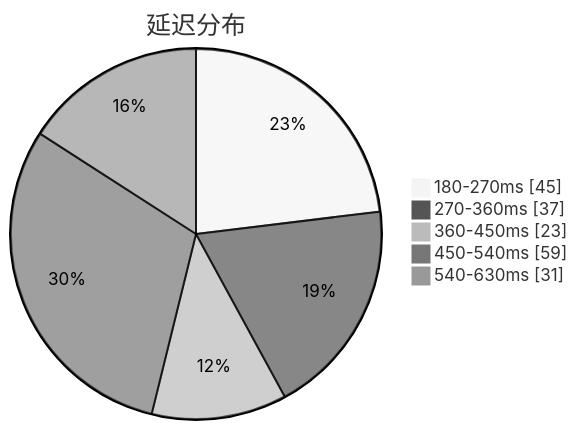
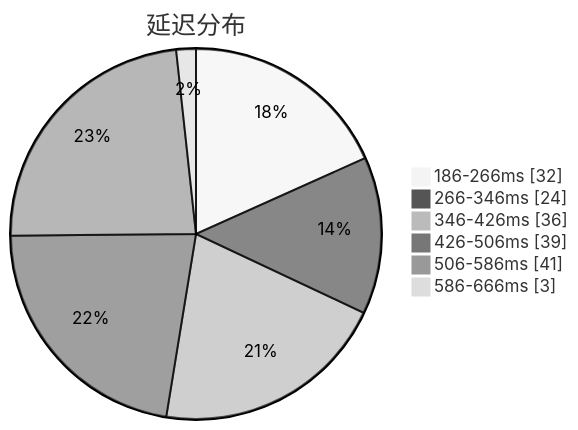
One commit to qjlxg/airport changed the first of 3 diagrams in subs/statistics/tested_within.md. Above: the diagram before and after it, drawn with Mermaid (neutral theme). The commit also changed other lines of this file and 2 other files, not shown here.

````diff
--- a/subs/statistics/tested_within.md
+++ b/subs/statistics/tested_within.md
@@ -2,9 +2,10 @@
 ```mermaid
 pie showData
 title 延迟分布
-"180-270ms" : 45
-"270-360ms" : 37
-"360-450ms" : 23
-"450-540ms" : 59
-"540-630ms" : 31
+"186-266ms" : 32
+"266-346ms" : 24
+"346-426ms" : 36
+"426-506ms" : 39
+"506-586ms" : 41
+"586-666ms" : 3
 ```
````
